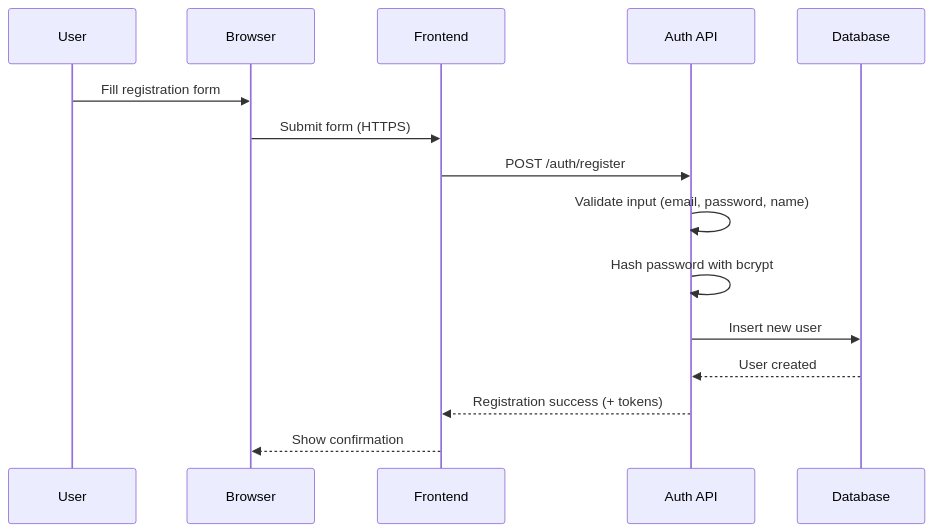
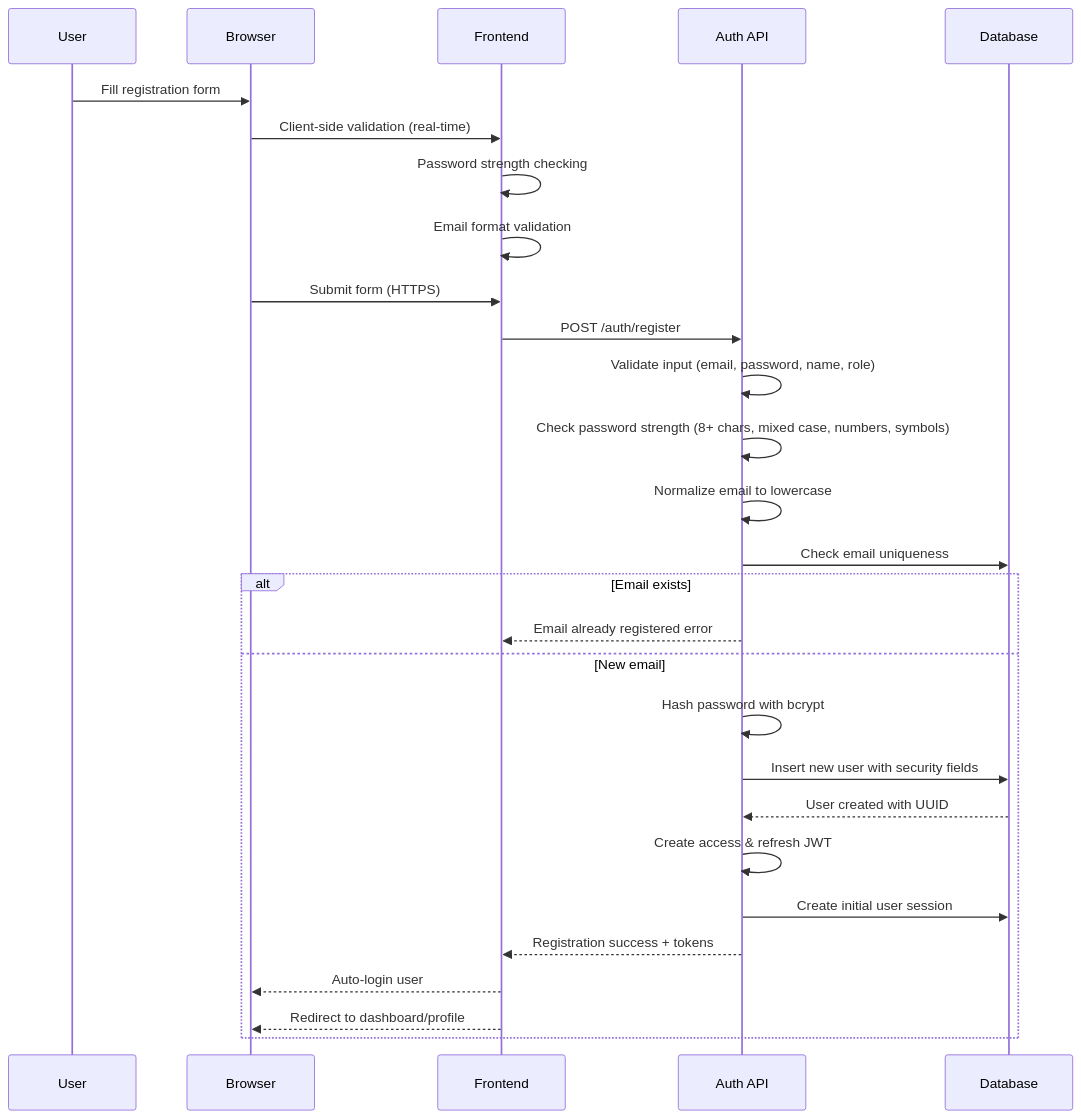
The second of 3 diagrams in docs/AUTH_FLOWS.md (mehrdad-zade/x-university-2), drawn with Mermaid before and after one commit. The commit also changed other lines of this file and 22 other files, not shown here.

````diff
--- a/docs/AUTH_FLOWS.md
+++ b/docs/AUTH_FLOWS.md
@@ -40,18 +55,31 @@
 ```mermaid
 sequenceDiagram
     participant U as User
     participant B as Browser
     participant F as Frontend
     participant A as Auth API
     participant DB as Database
 
     U->>B: Fill registration form
+    B->>F: Client-side validation (real-time)
+    F->>F: Password strength checking
+    F->>F: Email format validation
     B->>F: Submit form (HTTPS)
     F->>A: POST /auth/register
-    A->>A: Validate input (email, password, name)
-    A->>A: Hash password with bcrypt
-    A->>DB: Insert new user
-    DB-->>A: User created
-    A-->>F: Registration success (+ tokens)
-    F-->>B: Show confirmation
+    A->>A: Validate input (email, password, name, role)
+    A->>A: Check password strength (8+ chars, mixed case, numbers, symbols)
+    A->>A: Normalize email to lowercase
+    A->>DB: Check email uniqueness
+    alt Email exists
+        A-->>F: Email already registered error
+    else New email
+        A->>A: Hash password with bcrypt
+        A->>DB: Insert new user with security fields
+        DB-->>A: User created with UUID
+        A->>A: Create access & refresh JWT
+        A->>DB: Create initial user session
+        A-->>F: Registration success + tokens
+        F-->>B: Auto-login user
+        F-->>B: Redirect to dashboard/profile
+    end
 ```
````
